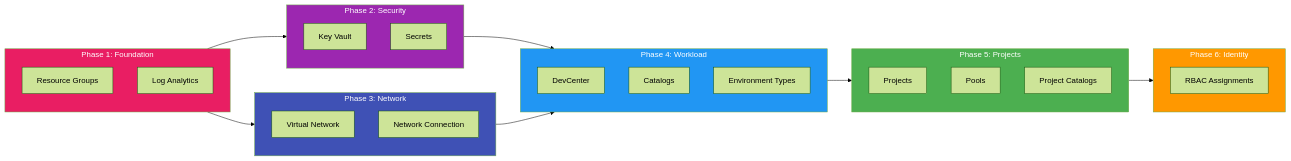
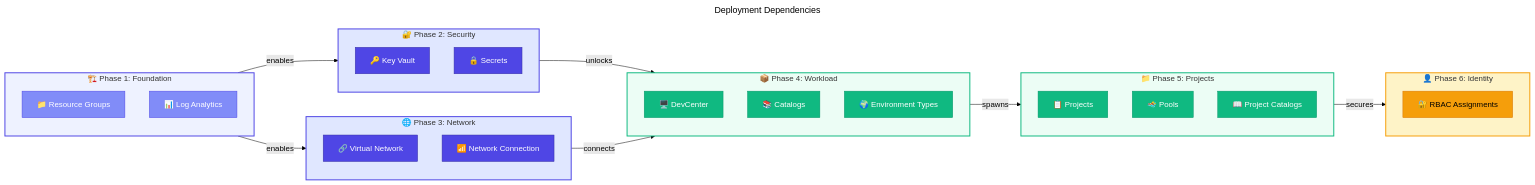
Before and after one commit to Evilazaro/DevExp-DevBox: the fifth of 8 diagrams in docs/architecture/03-application-architecture.md, drawn with Mermaid (forest theme). The commit also changed other lines of this file, not shown here.

Commit message:
Enhance documentation for application architecture by adding titles, improving section titles, and incorporating emojis for better clarity and navigation.

````diff
--- a/docs/architecture/03-application-architecture.md
+++ b/docs/architecture/03-application-architecture.md
@@ -485,47 +515,70 @@
 ```mermaid
+---
+title: Deployment Dependencies
+---
 flowchart LR
-    subgraph Phase1["Phase 1: Foundation"]
-        RG["Resource Groups"]
-        LA["Log Analytics"]
+    %% ===== PHASE 1: FOUNDATION =====
+    subgraph Phase1["🏗️ Phase 1: Foundation"]
+        RG["📁 Resource Groups"]
+        LA["📊 Log Analytics"]
     end
     
-    subgraph Phase2["Phase 2: Security"]
-        KV["Key Vault"]
-        SEC["Secrets"]
+    %% ===== PHASE 2: SECURITY =====
+    subgraph Phase2["🔐 Phase 2: Security"]
+        KV["🔑 Key Vault"]
+        SEC["🔒 Secrets"]
     end
     
-    subgraph Phase3["Phase 3: Network"]
-        VN["Virtual Network"]
-        NC["Network Connection"]
+    %% ===== PHASE 3: NETWORK =====
+    subgraph Phase3["🌐 Phase 3: Network"]
+        VN["🔗 Virtual Network"]
+        NC["📶 Network Connection"]
     end
     
-    subgraph Phase4["Phase 4: Workload"]
-        DC["DevCenter"]
-        CAT["Catalogs"]
-        ENV["Environment Types"]
+    %% ===== PHASE 4: WORKLOAD =====
+    subgraph Phase4["📦 Phase 4: Workload"]
+        DC["🖥️ DevCenter"]
+        CAT["📚 Catalogs"]
+        ENV["🌍 Environment Types"]
     end
     
-    subgraph Phase5["Phase 5: Projects"]
-        PROJ["Projects"]
-        POOL["Pools"]
-        PCAT["Project Catalogs"]
+    %% ===== PHASE 5: PROJECTS =====
+    subgraph Phase5["📁 Phase 5: Projects"]
+        PROJ["📋 Projects"]
+        POOL["🏊 Pools"]
+        PCAT["📖 Project Catalogs"]
     end
     
-    subgraph Phase6["Phase 6: Identity"]
-        RBAC["RBAC Assignments"]
+    %% ===== PHASE 6: IDENTITY =====
+    subgraph Phase6["👤 Phase 6: Identity"]
+        RBAC["🔐 RBAC Assignments"]
     end
     
-    Phase1 --> Phase2
-    Phase1 --> Phase3
-    Phase2 --> Phase4
-    Phase3 --> Phase4
-    Phase4 --> Phase5
-    Phase5 --> Phase6
+    %% ===== CONNECTIONS =====
+    Phase1 -->|enables| Phase2
+    Phase1 -->|enables| Phase3
+    Phase2 -->|unlocks| Phase4
+    Phase3 -->|connects| Phase4
+    Phase4 -->|spawns| Phase5
+    Phase5 -->|secures| Phase6
     
-    style Phase1 fill:#E91E63,color:#fff
-    style Phase2 fill:#9C27B0,color:#fff
-    style Phase3 fill:#3F51B5,color:#fff
-    style Phase4 fill:#2196F3,color:#fff
-    style Phase5 fill:#4CAF50,color:#fff
-    style Phase6 fill:#FF9800,color:#fff
+    %% ===== STYLES =====
+    classDef trigger fill:#818CF8,stroke:#4F46E5,color:#FFFFFF
+    classDef primary fill:#4F46E5,stroke:#3730A3,color:#FFFFFF
+    classDef secondary fill:#10B981,stroke:#059669,color:#FFFFFF
+    classDef datastore fill:#F59E0B,stroke:#D97706,color:#000000
+    
+    class RG,LA trigger
+    class KV,SEC primary
+    class VN,NC primary
+    class DC,CAT,ENV secondary
+    class PROJ,POOL,PCAT secondary
+    class RBAC datastore
+    
+    style Phase1 fill:#EEF2FF,stroke:#4F46E5,stroke-width:2px
+    style Phase2 fill:#E0E7FF,stroke:#4F46E5,stroke-width:2px
+    style Phase3 fill:#E0E7FF,stroke:#4F46E5,stroke-width:2px
+    style Phase4 fill:#ECFDF5,stroke:#10B981,stroke-width:2px
+    style Phase5 fill:#ECFDF5,stroke:#10B981,stroke-width:2px
+    style Phase6 fill:#FEF3C7,stroke:#F59E0B,stroke-width:2px
 ```
````
